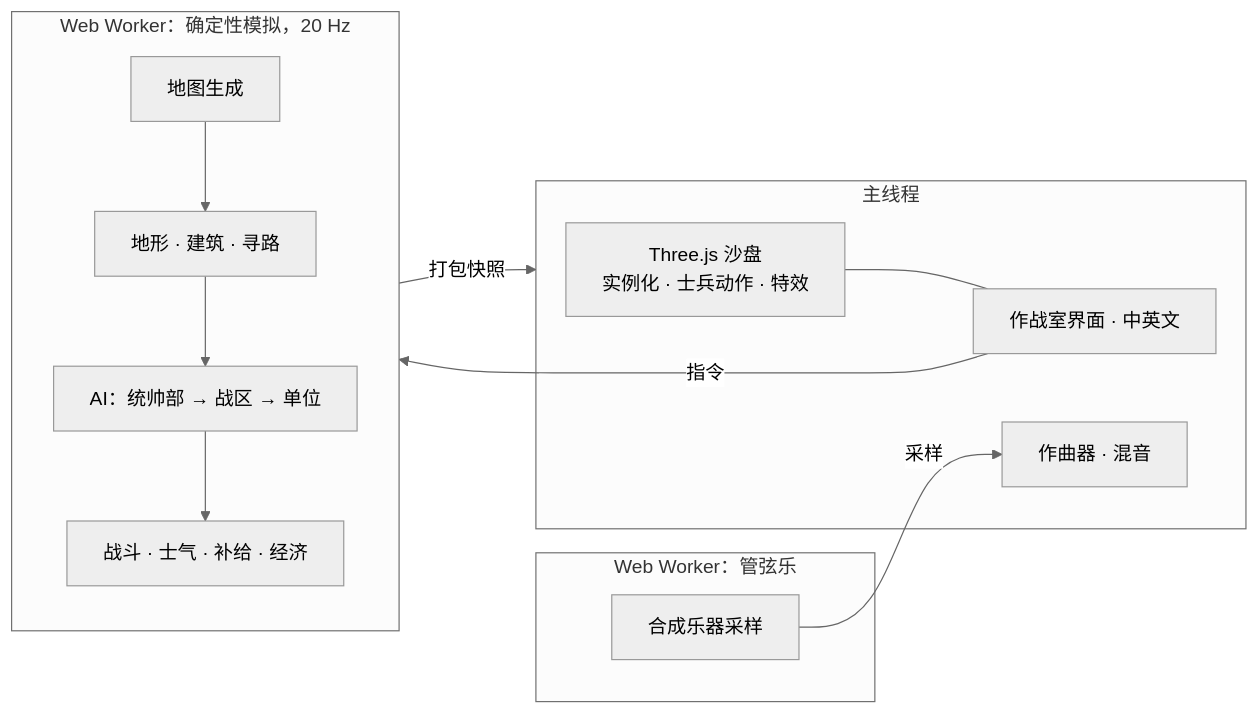
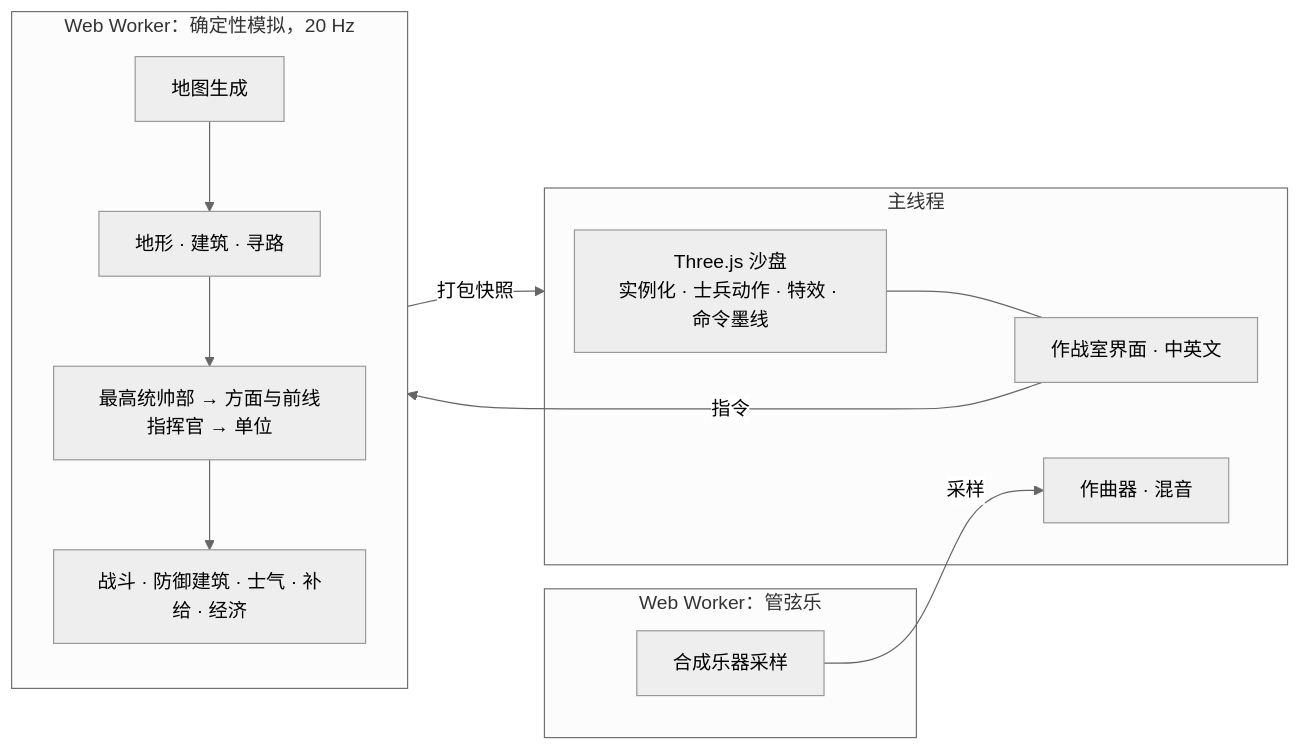
Before and after one commit to Zwl20085/LittleWarGame: the second of 2 diagrams in README.zh-CN.md, drawn with Mermaid (neutral theme). The commit also changed other lines of this file and 9 other files, not shown here.

First line of the commit message:
docs: README 2.0 (en + zh) — supreme-HQ orders, front commanders, structures, armour, challenge lab, roadmap

````diff
--- a/README.zh-CN.md
+++ b/README.zh-CN.md
@@ -171,18 +220,18 @@
 ```mermaid
 flowchart LR
   subgraph Worker[Web Worker：确定性模拟，20 Hz]
     MG[地图生成] --> T[地形 · 建筑 · 寻路]
-    T --> AI[AI：统帅部 → 战区 → 单位]
-    AI --> CB[战斗 · 士气 · 补给 · 经济]
+    T --> AI[最高统帅部 → 方面与前线指挥官 → 单位]
+    AI --> CB[战斗 · 防御建筑 · 士气 · 补给 · 经济]
   end
   Worker -- 打包快照 --> Main
   subgraph Main[主线程]
-    R[Three.js 沙盘<br/>实例化 · 士兵动作 · 特效] --- UI[作战室界面 · 中英文]
+    R[Three.js 沙盘<br/>实例化 · 士兵动作 · 特效 · 命令墨线] --- UI[作战室界面 · 中英文]
     AU[作曲器 · 混音]
   end
   subgraph Orch[Web Worker：管弦乐]
     OR[合成乐器采样]
   end
   OR -- 采样 --> AU
   UI -- 指令 --> Worker
 ```
````
